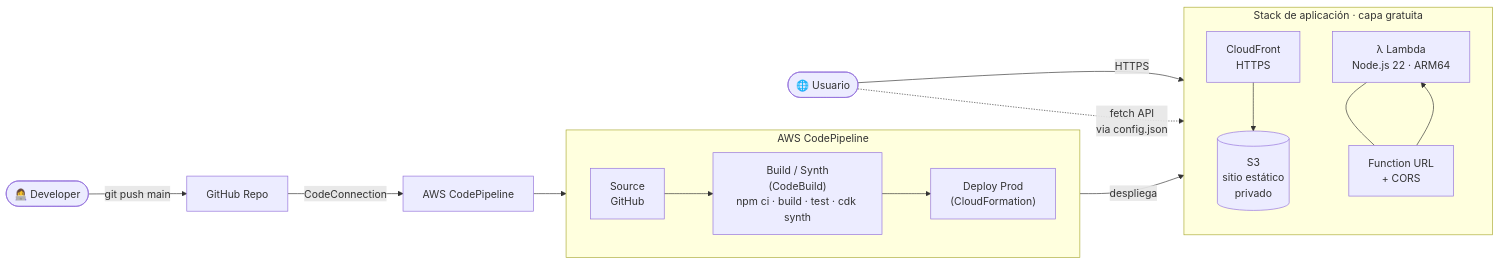
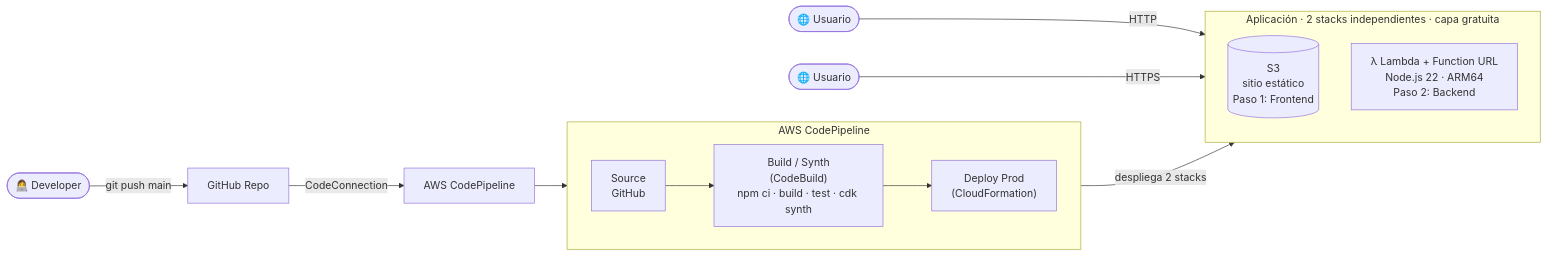
One commit to jothanpe/awsugpiura-cicd changed the diagram in README.md. Above: the diagram before and after it, drawn with Mermaid. The commit also changed other lines of this file and 8 other files, not shown here.

````diff
--- a/README.md
+++ b/README.md
@@ -16,23 +16,23 @@
 ```mermaid
 flowchart LR
     Dev([👩‍💻 Developer]) -->|git push main| GH[GitHub Repo]
     GH -->|CodeConnection| CP[AWS CodePipeline]
 
     subgraph Pipeline [AWS CodePipeline]
         direction LR
         S[Source\nGitHub] --> B["Build / Synth\n(CodeBuild)\nnpm ci · build · test · cdk synth"]
         B --> D["Deploy Prod\n(CloudFormation)"]
     end
 
     CP --> Pipeline
-    D -->|despliega| APP
+    D -->|despliega 2 stacks| APP
 
-    subgraph APP [Stack de aplicación · capa gratuita]
+    subgraph APP [Aplicación · 2 stacks independientes · capa gratuita]
         direction TB
-        CF[CloudFront\nHTTPS] --> S3[(S3\nsitio estático\nprivado)]
-        L[λ Lambda\nNode.js 22 · ARM64] --- U[Function URL\n+ CORS]
+        S3[(S3\nsitio estático\nPaso 1: Frontend)]
+        L[λ Lambda + Function URL\nNode.js 22 · ARM64\nPaso 2: Backend]
     end
 
-    User([🌐 Usuario]) -->|HTTPS| CF
-    User -.->|fetch API\nvia config.json| U --> L
+    User([🌐 Usuario]) -->|HTTP| S3
+    User2([🌐 Usuario]) -->|HTTPS| L
 ```
````
